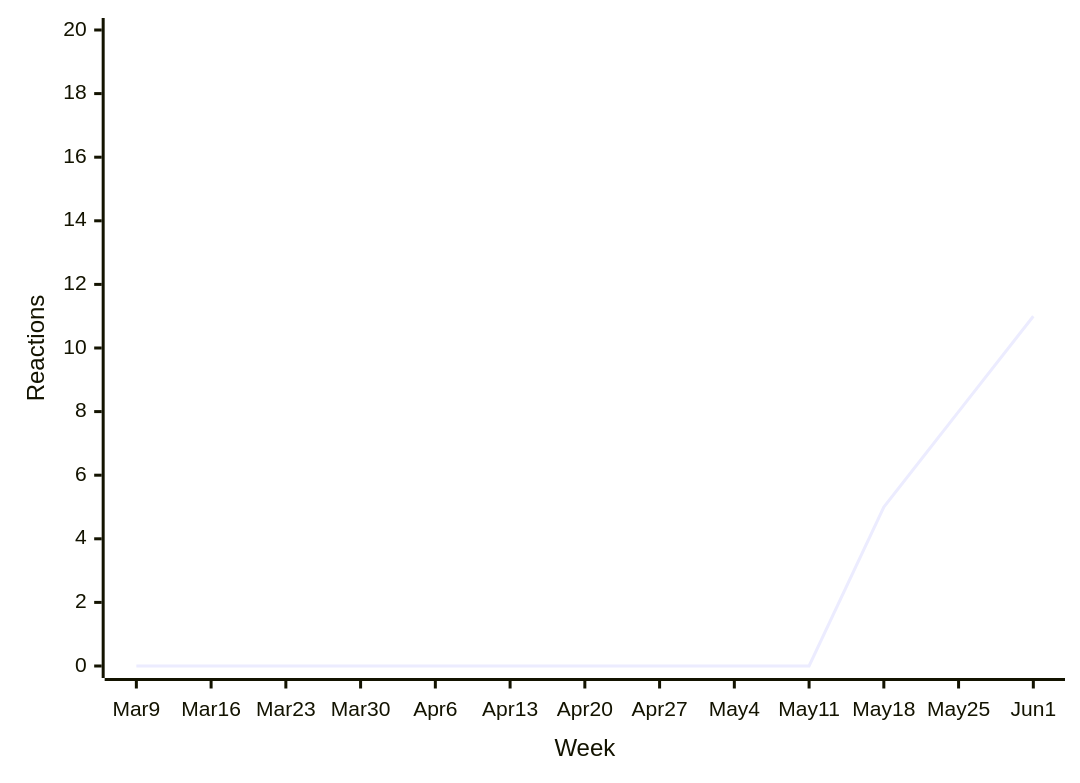
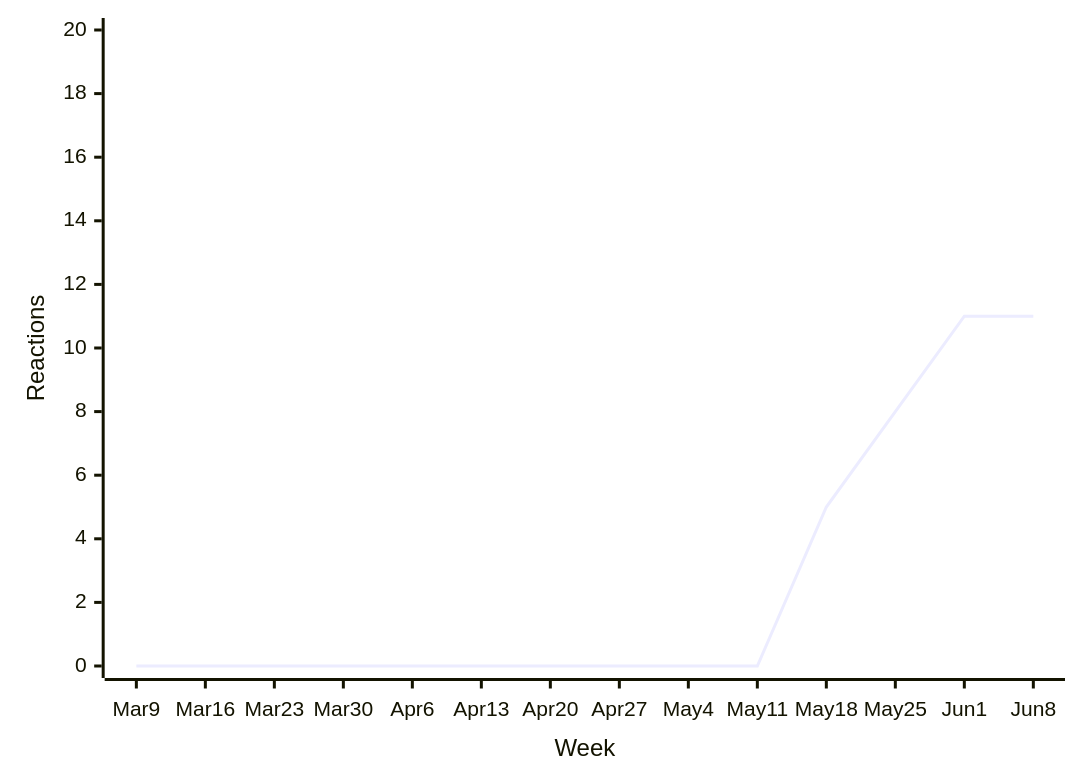
Before and after one commit to loic-sharma/github-insights: diagram 12 of 44 in README.md, drawn with Mermaid. The commit also changed other lines of this file and 3 other files, not shown here.

````diff
--- a/README.md
+++ b/README.md
@@ -526,6 +526,6 @@
   ```mermaid
   xychart-beta
-    x-axis "Week" [Mar 9, Mar 16, Mar 23, Mar 30, Apr 6, Apr 13, Apr 20, Apr 27, May 4, May 11, May 18, May 25, Jun 1]
+    x-axis "Week" [Mar 9, Mar 16, Mar 23, Mar 30, Apr 6, Apr 13, Apr 20, Apr 27, May 4, May 11, May 18, May 25, Jun 1, Jun 8]
     y-axis "Reactions" 0 --> 20
-    line [0, 0, 0, 0, 0, 0, 0, 0, 0, 0, 5, 8, 11]
+    line [0, 0, 0, 0, 0, 0, 0, 0, 0, 0, 5, 8, 11, 11]
   ```
````
